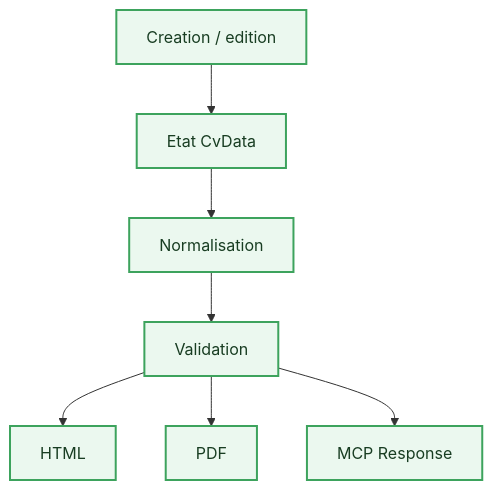
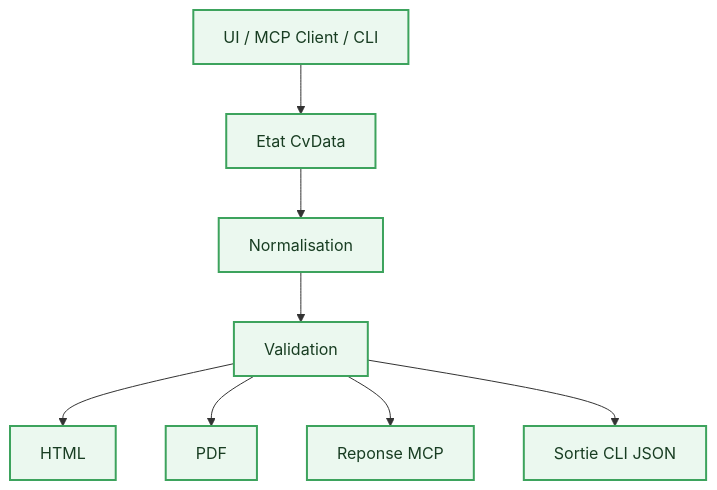
One commit to ClementV78/cv-generator-mcp changed the eighth of 8 diagrams in APPLICATION_ARCHITECTURE_CV_GENERATOR.md. Above: the diagram before and after it, drawn with Mermaid. The commit also changed other lines of this file and 5 other files, not shown here.

Commit message:
feat: add MCP-aligned CLI and refresh docs/help

````diff
--- a/APPLICATION_ARCHITECTURE_CV_GENERATOR.md
+++ b/APPLICATION_ARCHITECTURE_CV_GENERATOR.md
@@ -719,12 +791,13 @@
 ```mermaid
 flowchart TD
-    A[Creation / edition] --> B[Etat CvData]
+    A[UI / MCP Client / CLI] --> B[Etat CvData]
     B --> C[Normalisation]
     C --> D[Validation]
     D --> E[HTML]
     D --> F[PDF]
-    D --> G[MCP Response]
+    D --> G[Reponse MCP]
+    D --> H[Sortie CLI JSON]
 
     classDef lifecycle fill:#EBF8EF,stroke:#3DA35D,color:#183D22,stroke-width:2px;
-    class A,B,C,D,E,F,G lifecycle;
+    class A,B,C,D,E,F,G,H lifecycle;
 ```
````
